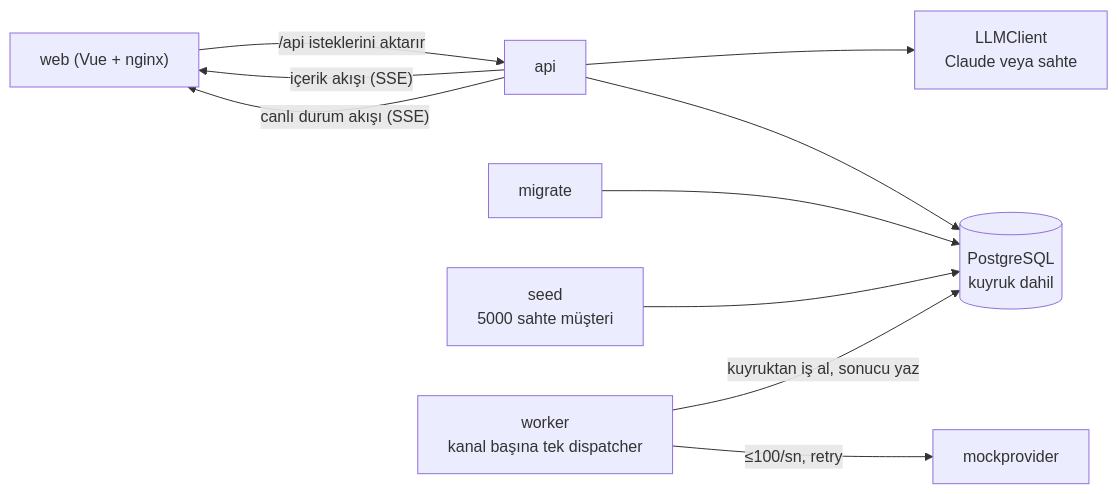
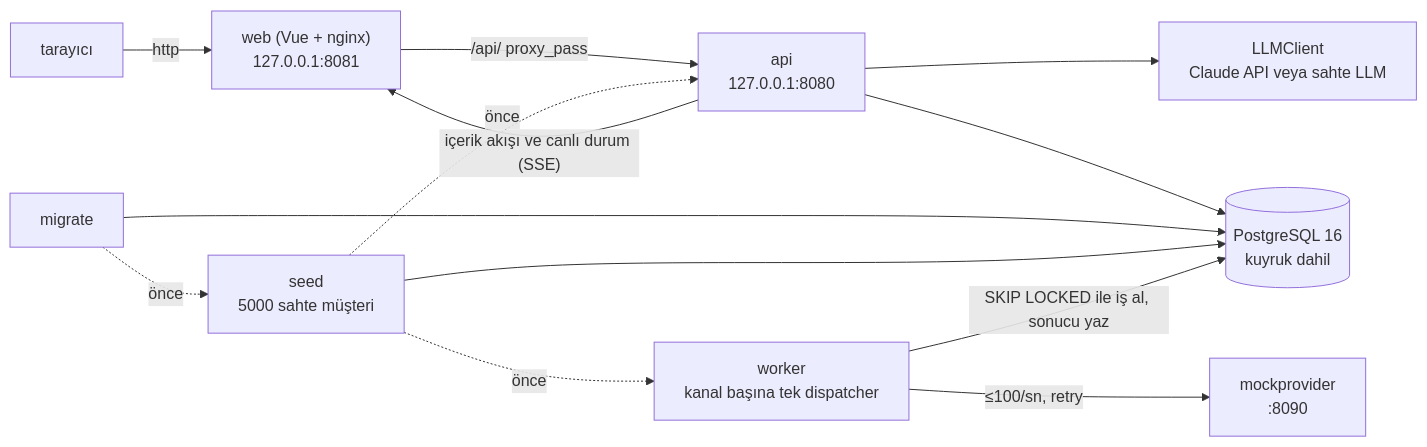
The third of 3 diagrams in README.md (gulcint/smart-campaign-composer), drawn with Mermaid before and after one commit. The commit also changed other lines of this file, not shown here.

First line of the commit message:
docs(docs): rebuild README diagrams from the code (#113)

````diff
--- a/README.md
+++ b/README.md
@@ -160,21 +166,25 @@
 ```mermaid
 flowchart LR
-  web["web (Vue + nginx)"]
-  api["api"]
-  llm["LLMClient<br/>Claude veya sahte"]
-  db[("PostgreSQL<br/>kuyruk dahil")]
+  browser["tarayıcı"]
+  web["web (Vue + nginx)<br/>127.0.0.1:8081"]
+  api["api<br/>127.0.0.1:8080"]
+  llm["LLMClient<br/>Claude API veya sahte LLM"]
+  db[("PostgreSQL 16<br/>kuyruk dahil")]
   migrate["migrate"]
   seed["seed<br/>5000 sahte müşteri"]
   worker["worker<br/>kanal başına tek dispatcher"]
-  mock["mockprovider"]
+  mock["mockprovider<br/>:8090"]
 
-  web -- "/api isteklerini aktarır" --> api
-  api -- "içerik akışı (SSE)" --> web
-  api -- "canlı durum akışı (SSE)" --> web
+  browser -- "http" --> web
+  web -- "/api/ proxy_pass" --> api
+  api -- "içerik akışı ve canlı durum (SSE)" --> web
   api --> llm
   api --> db
   migrate --> db
   seed --> db
-  worker -- "kuyruktan iş al, sonucu yaz" --> db
+  worker -- "SKIP LOCKED ile iş al, sonucu yaz" --> db
   worker -- "≤100/sn, retry" --> mock
+  migrate -.->|"önce"| seed
+  seed -.->|"önce"| api
+  seed -.->|"önce"| worker
 ```
````
